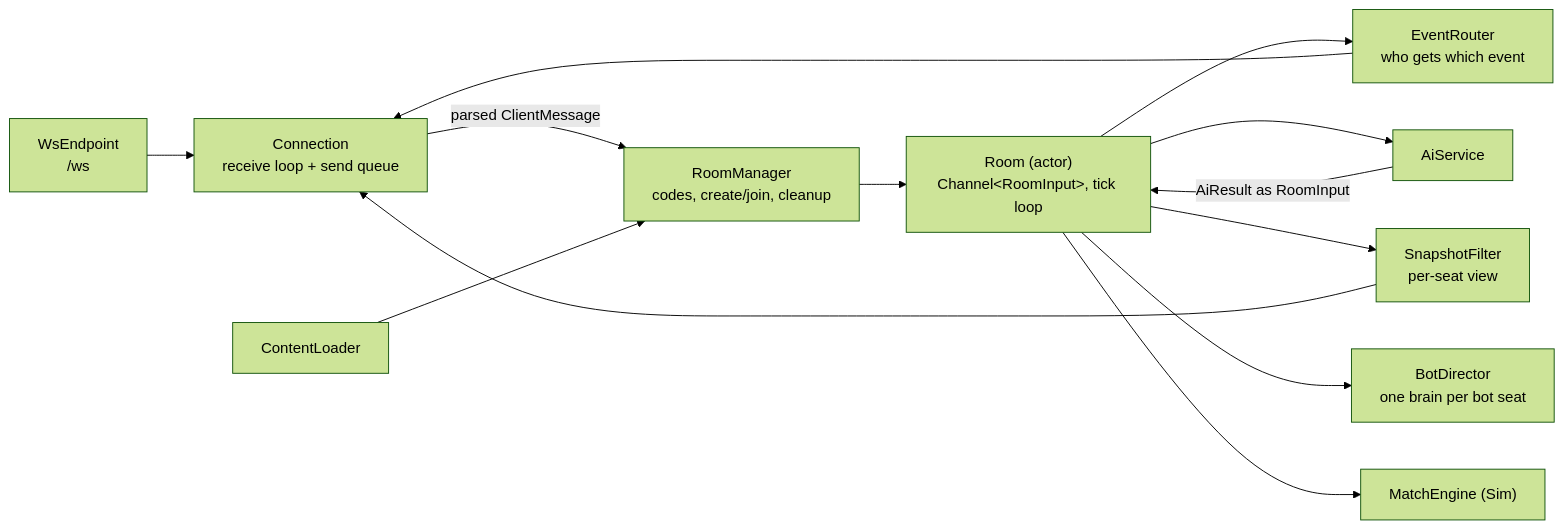
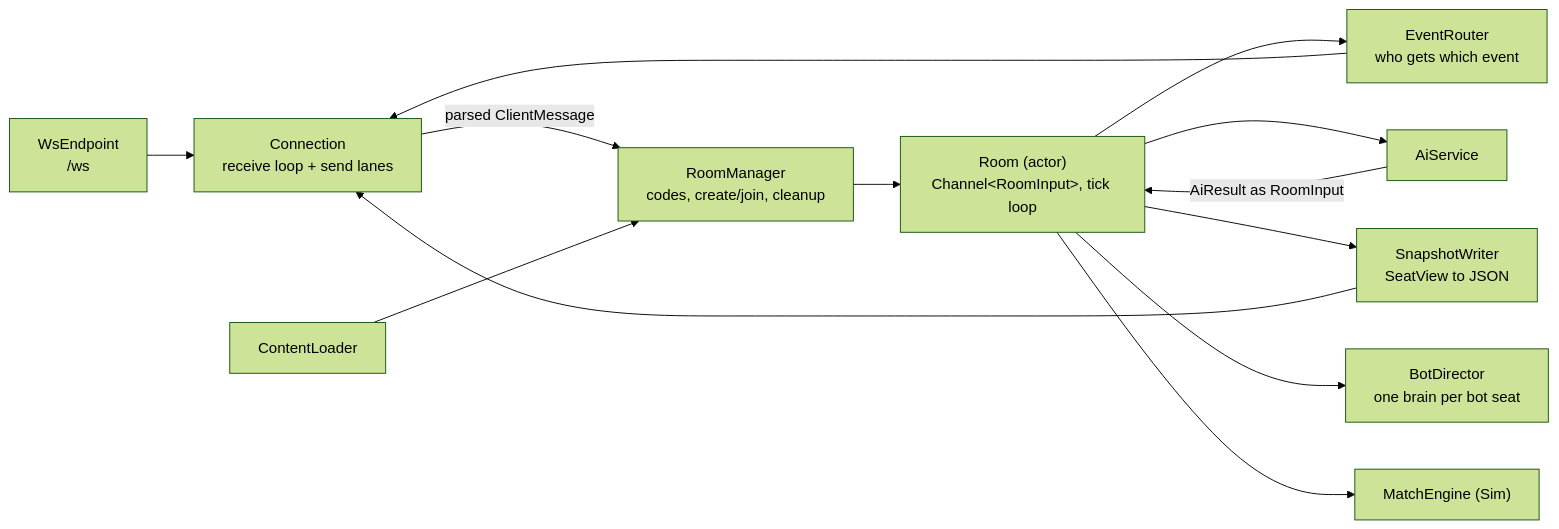
The first of 6 diagrams in docs/architecture/02-server.md (Faouzi-Blibech/EcoSus-Uncycled), drawn with Mermaid (forest theme) before and after one commit. The commit also changed other lines of this file and 11 other files, not shown here.

Commit message:
docs: second design review (2026-11-14) for the architecture views and the design spec

````diff
--- a/docs/architecture/02-server.md
+++ b/docs/architecture/02-server.md
@@ -32,15 +58,15 @@
 ```mermaid
 flowchart LR
-    ws["WsEndpoint<br/>/ws"] --> conn["Connection<br/>receive loop + send queue"]
+    ws["WsEndpoint<br/>/ws"] --> conn["Connection<br/>receive loop + send lanes"]
     conn -- "parsed ClientMessage" --> rm["RoomManager<br/>codes, create/join, cleanup"]
     rm --> room["Room (actor)<br/>Channel&lt;RoomInput&gt;, tick loop"]
     room --> engine["MatchEngine (Sim)"]
     room --> bots["BotDirector<br/>one brain per bot seat"]
-    room --> filter["SnapshotFilter<br/>per-seat view"]
+    room --> writer["SnapshotWriter<br/>SeatView to JSON"]
     room --> router["EventRouter<br/>who gets which event"]
     room --> aisvc["AiService"]
     aisvc -- "AiResult as RoomInput" --> room
-    filter --> conn
+    writer --> conn
     router --> conn
     loader["ContentLoader"] --> rm
 ```
````
